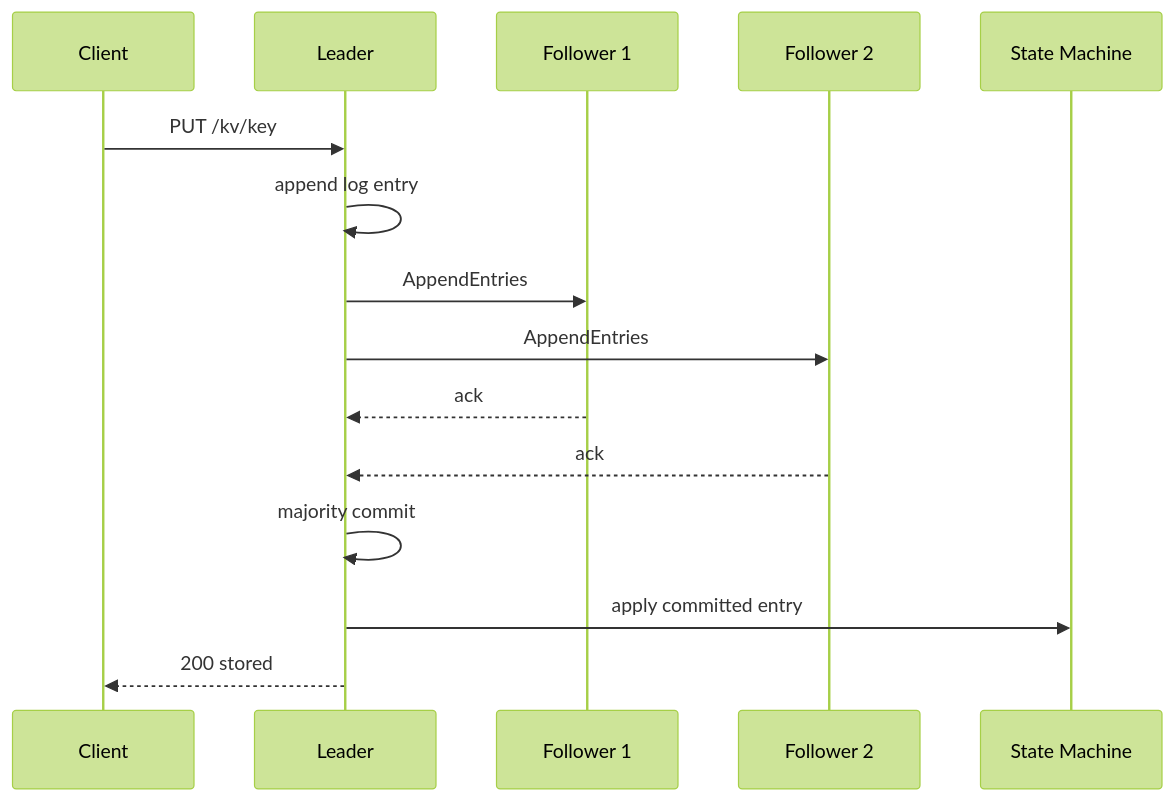
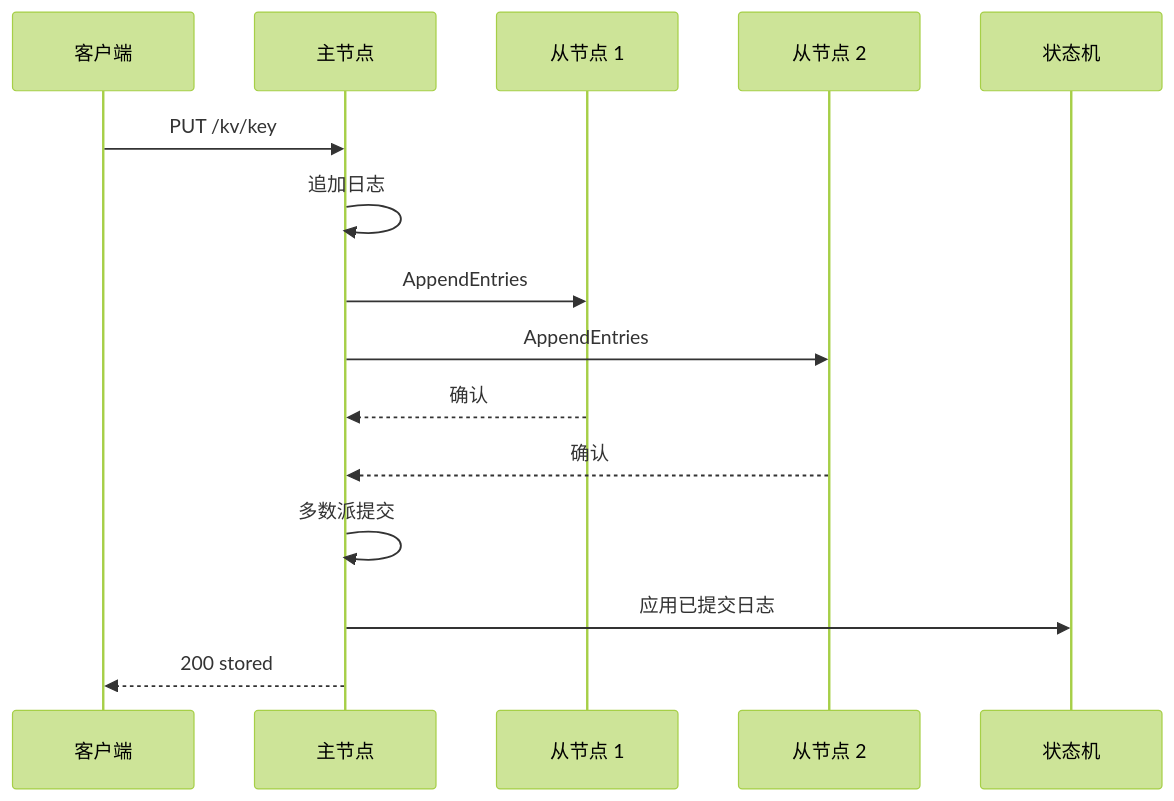
One commit to wjg12345678/distributed-kv changed the second of 4 diagrams in docs/architecture.md. Above: the diagram before and after it, drawn with Mermaid (forest theme). The commit also changed other lines of this file and 10 other files, not shown here.

````diff
--- a/docs/architecture.md
+++ b/docs/architecture.md
@@ -63,18 +63,18 @@
 ```mermaid
 sequenceDiagram
-  participant C as Client
-  participant L as Leader
-  participant F1 as Follower 1
-  participant F2 as Follower 2
-  participant SM as State Machine
+  participant C as 客户端
+  participant L as 主节点
+  participant F1 as 从节点 1
+  participant F2 as 从节点 2
+  participant SM as 状态机
 
   C->>L: PUT /kv/key
-  L->>L: append log entry
+  L->>L: 追加日志
   L->>F1: AppendEntries
   L->>F2: AppendEntries
-  F1-->>L: ack
-  F2-->>L: ack
-  L->>L: majority commit
-  L->>SM: apply committed entry
+  F1-->>L: 确认
+  F2-->>L: 确认
+  L->>L: 多数派提交
+  L->>SM: 应用已提交日志
   L-->>C: 200 stored
 ```
````
